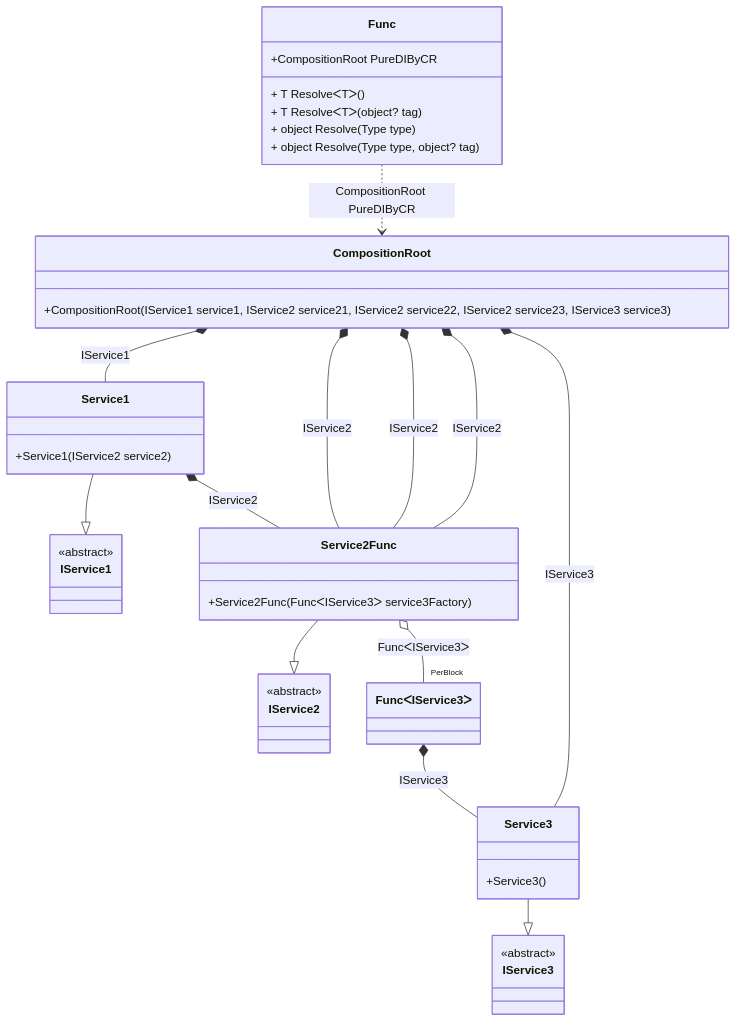
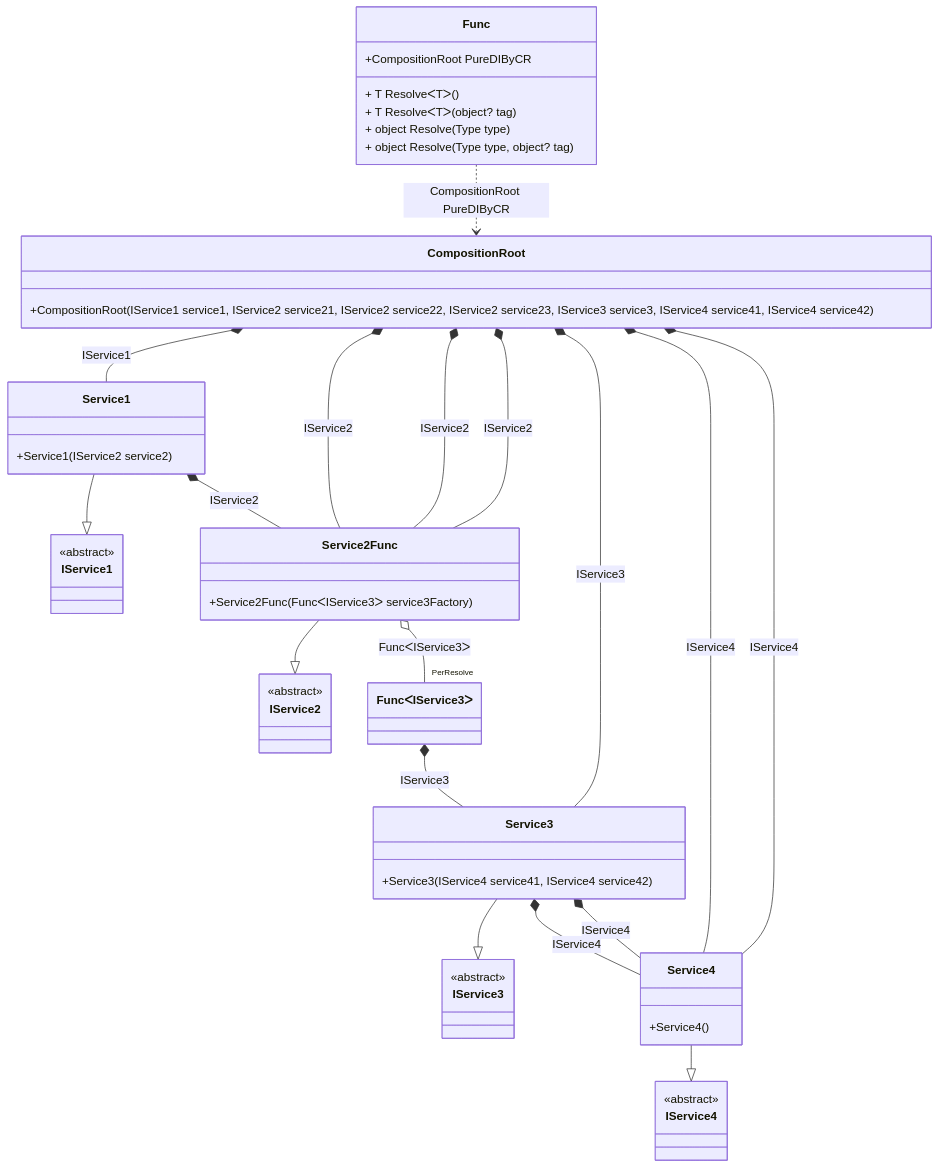
The diagram in readme/FuncDetails.md (DevTeam/Pure.DI), drawn with Mermaid before and after one commit. The commit also changed other lines of this file and 64 other files, not shown here.

````diff
--- a/readme/FuncDetails.md
+++ b/readme/FuncDetails.md
@@ -6,44 +6,55 @@
 ```mermaid
 classDiagram
   class Func {
     +CompositionRoot PureDIByCR
     + T ResolveᐸTᐳ()
     + T ResolveᐸTᐳ(object? tag)
     + object Resolve(Type type)
     + object Resolve(Type type, object? tag)
   }
   class CompositionRoot {
-    +CompositionRoot(IService1 service1, IService2 service21, IService2 service22, IService2 service23, IService3 service3)
+    +CompositionRoot(IService1 service1, IService2 service21, IService2 service22, IService2 service23, IService3 service3, IService4 service41, IService4 service42)
+  }
+  Service3 --|> IService3 : 
+  class Service3 {
+    +Service3(IService4 service41, IService4 service42)
   }
   Service1 --|> IService1 : 
   class Service1 {
     +Service1(IService2 service2)
   }
   Service2Func --|> IService2 : 
   class Service2Func {
     +Service2Func(FuncᐸIService3ᐳ service3Factory)
   }
-  Service3 --|> IService3 : 
-  class Service3 {
-    +Service3()
+  Service4 --|> IService4 : 
+  class Service4 {
+    +Service4()
   }
   class FuncᐸIService3ᐳ
+  class IService3 {
+    <<abstract>>
+  }
   class IService1 {
     <<abstract>>
   }
   class IService2 {
     <<abstract>>
   }
-  class IService3 {
+  class IService4 {
     <<abstract>>
   }
   CompositionRoot *--  Service1 : IService1
   CompositionRoot *--  Service2Func : IService2
   CompositionRoot *--  Service2Func : IService2
   CompositionRoot *--  Service2Func : IService2
   CompositionRoot *--  Service3 : IService3
+  CompositionRoot *--  Service4 : IService4
+  CompositionRoot *--  Service4 : IService4
+  Service3 *--  Service4 : IService4
+  Service3 *--  Service4 : IService4
   Service1 *--  Service2Func : IService2
-  Service2Func o--  "PerBlock" FuncᐸIService3ᐳ : FuncᐸIService3ᐳ
+  Service2Func o--  "PerResolve" FuncᐸIService3ᐳ : FuncᐸIService3ᐳ
   Func ..> CompositionRoot : CompositionRoot PureDIByCR
   FuncᐸIService3ᐳ *--  Service3 : IService3
 ```
````
